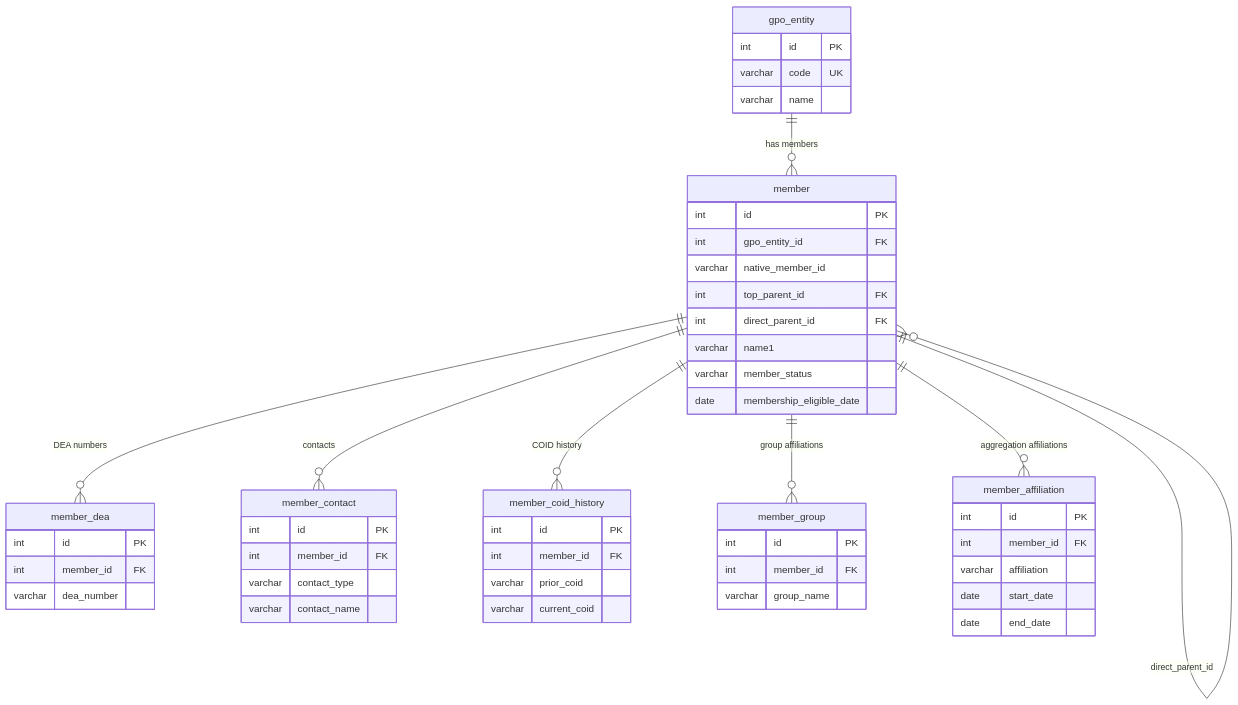
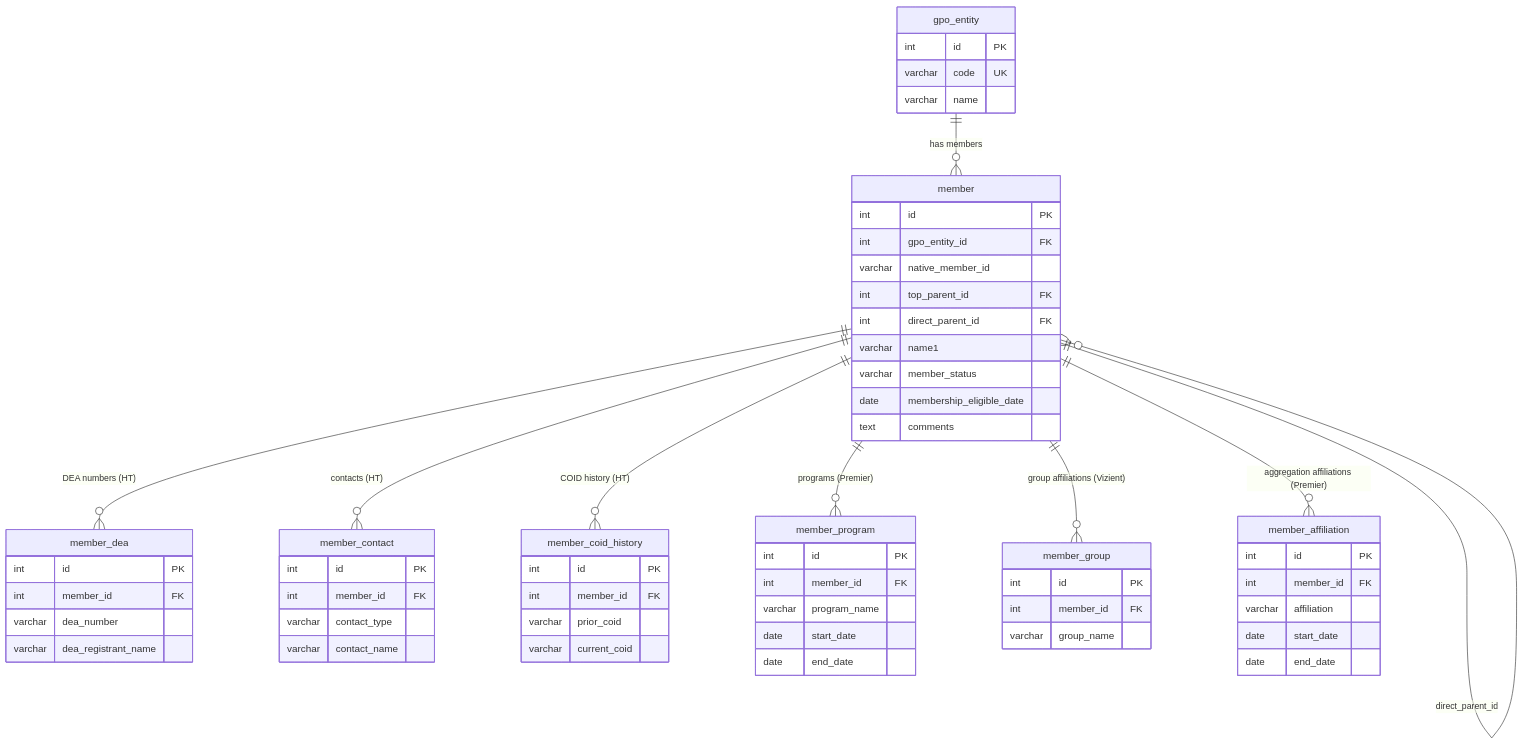
Before and after one commit to Slawal01/Slawal01: the diagram in GPO_Data_Model_Documentation.md, drawn with Mermaid. The commit also changed other lines of this file and 1 other file, not shown here.

````diff
--- a/GPO_Data_Model_Documentation.md
+++ b/GPO_Data_Model_Documentation.md
@@ -316,56 +313,66 @@
 ```mermaid
 erDiagram
     gpo_entity {
         int id PK
         varchar code UK
         varchar name
     }
     member {
         int id PK
         int gpo_entity_id FK
         varchar native_member_id
         int top_parent_id FK
         int direct_parent_id FK
         varchar name1
         varchar member_status
         date membership_eligible_date
+        text comments
     }
     member_dea {
         int id PK
         int member_id FK
         varchar dea_number
+        varchar dea_registrant_name
     }
     member_contact {
         int id PK
         int member_id FK
         varchar contact_type
         varchar contact_name
     }
     member_coid_history {
         int id PK
         int member_id FK
         varchar prior_coid
         varchar current_coid
+    }
+    member_program {
+        int id PK
+        int member_id FK
+        varchar program_name
+        date start_date
+        date end_date
     }
     member_group {
         int id PK
         int member_id FK
         varchar group_name
     }
     member_affiliation {
         int id PK
         int member_id FK
         varchar affiliation
         date start_date
         date end_date
     }
 
     gpo_entity ||--o{ member : "has members"
     member ||--o{ member : "top_parent_id"
     member ||--o{ member : "direct_parent_id"
-    member ||--o{ member_dea : "DEA numbers"
-    member ||--o{ member_contact : "contacts"
-    member ||--o{ member_coid_history : "COID history"
-    member ||--o{ member_group : "group affiliations"
-    member ||--o{ member_affiliation : "aggregation affiliations"
+    member ||--o{ member_dea          : "DEA numbers (HT)"
+    member ||--o{ member_contact      : "contacts (HT)"
+    member ||--o{ member_coid_history : "COID history (HT)"
+    member ||--o{ member_program      : "programs (Premier)"
+    member ||--o{ member_group        : "group affiliations (Vizient)"
+    member ||--o{ member_affiliation  : "aggregation affiliations (Premier)"
 ```
````
